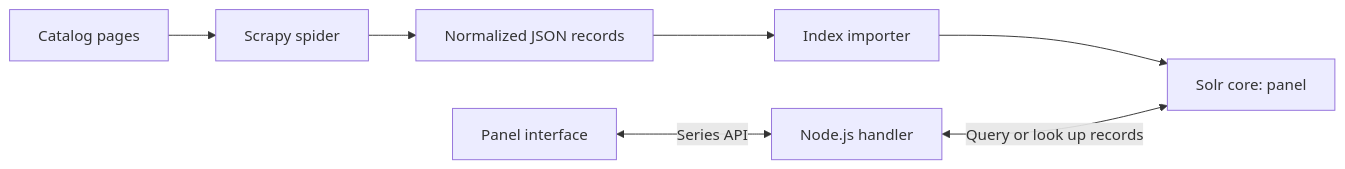
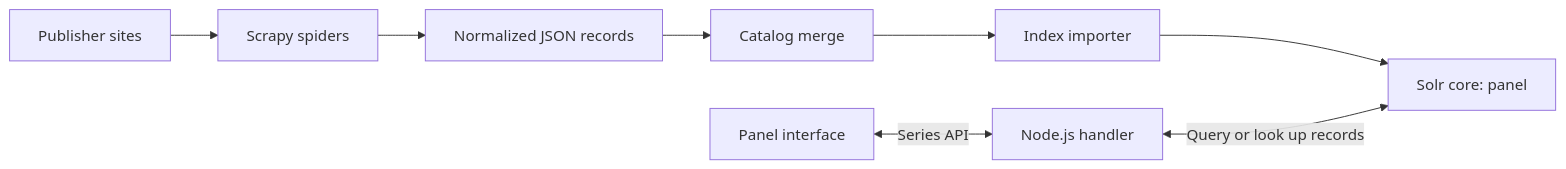
One commit to TarunApollo/Info-Ret-Project changed the diagram in ARCHITECTURE.md. Above: the diagram before and after it, drawn with Mermaid. The commit also changed other lines of this file and 8 other files, not shown here.

````diff
--- a/ARCHITECTURE.md
+++ b/ARCHITECTURE.md
@@ -14,9 +14,10 @@
 ```mermaid
 flowchart LR
-  Pages["Catalog pages"] --> Spider["Scrapy spider"]
+  Pages["Publisher sites"] --> Spider["Scrapy spiders"]
   Spider --> Records["Normalized JSON records"]
-  Records --> Importer["Index importer"]
+  Records --> Merge["Catalog merge"]
+  Merge --> Importer["Index importer"]
   Importer --> Solr["Solr core: panel"]
   Browser["Panel interface"] <-->|"Series API"| API["Node.js handler"]
   API <-->|"Query or look up records"| Solr
 ```
````
